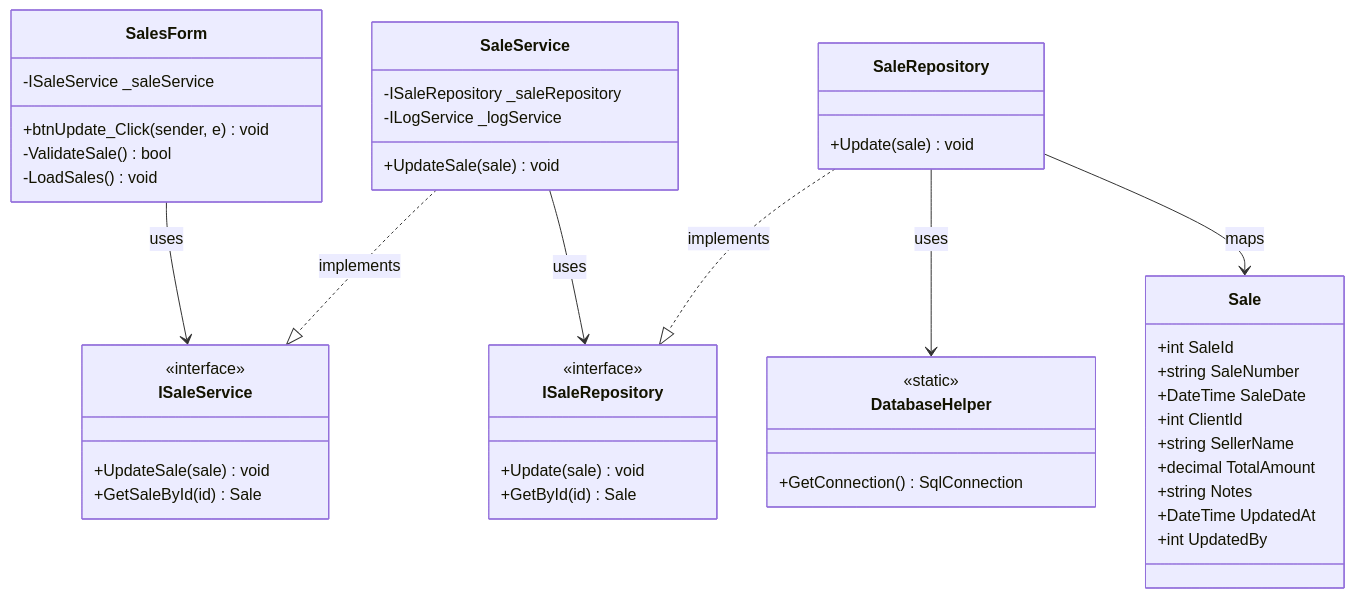
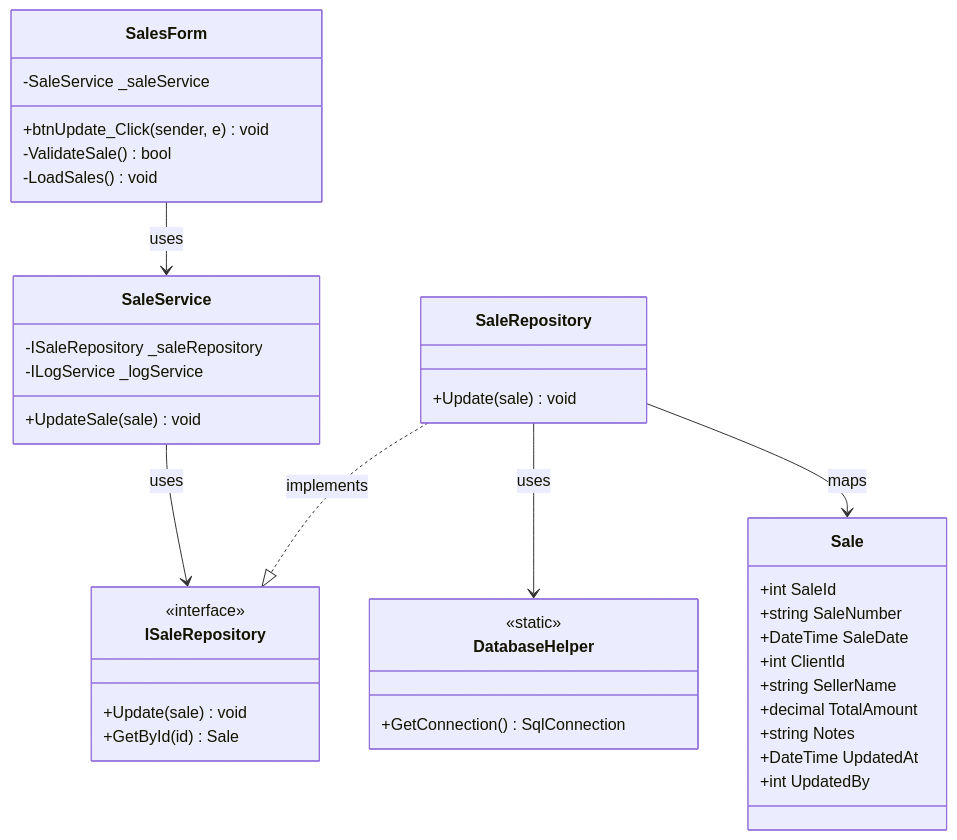
One commit to nahuk86/tp_diploma_nk_2026 changed diagram 23 of 24 in Documentation/UML_Diagrams/15_Sales_UseCases.md. Above: the diagram before and after it, drawn with Mermaid. The commit also changed other lines of this file and 5 other files, not shown here.

First line of the commit message:
Fix UML documentation: remove non-existent BLL service interfaces

````diff
--- a/Documentation/UML_Diagrams/15_Sales_UseCases.md
+++ b/Documentation/UML_Diagrams/15_Sales_UseCases.md
@@ -900,55 +834,49 @@
 ```mermaid
 classDiagram
     class SalesForm {
-        -ISaleService _saleService
+        -SaleService _saleService
         +btnUpdate_Click(sender, e) void
         -ValidateSale() bool
         -LoadSales() void
     }
 
-    class ISaleService {
-        <<interface>>
-        +UpdateSale(sale) void
-        +GetSaleById(id) Sale
-    }
 
     class SaleService {
         -ISaleRepository _saleRepository
         -ILogService _logService
         +UpdateSale(sale) void
     }
 
     class ISaleRepository {
         <<interface>>
         +Update(sale) void
         +GetById(id) Sale
     }
 
     class SaleRepository {
         +Update(sale) void
     }
 
     class DatabaseHelper {
         <<static>>
         +GetConnection() SqlConnection
     }
 
     class Sale {
         +int SaleId
         +string SaleNumber
         +DateTime SaleDate
         +int ClientId
         +string SellerName
         +decimal TotalAmount
         +string Notes
         +DateTime UpdatedAt
         +int UpdatedBy
     }
 
-    SalesForm --> ISaleService : uses
-    SaleService ..|> ISaleService : implements
+    SalesForm --> SaleService : uses
     SaleService --> ISaleRepository : uses
     SaleRepository ..|> ISaleRepository : implements
     SaleRepository --> DatabaseHelper : uses
     SaleRepository --> Sale : maps
 ```
````
